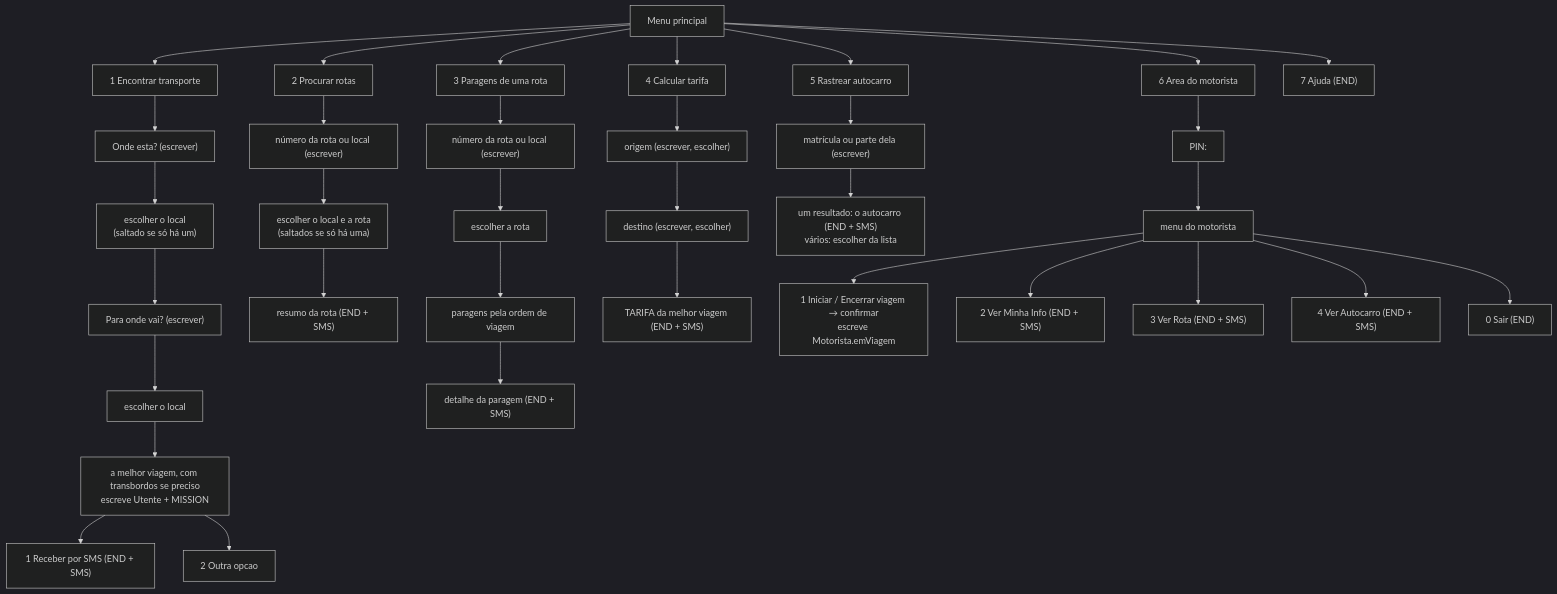
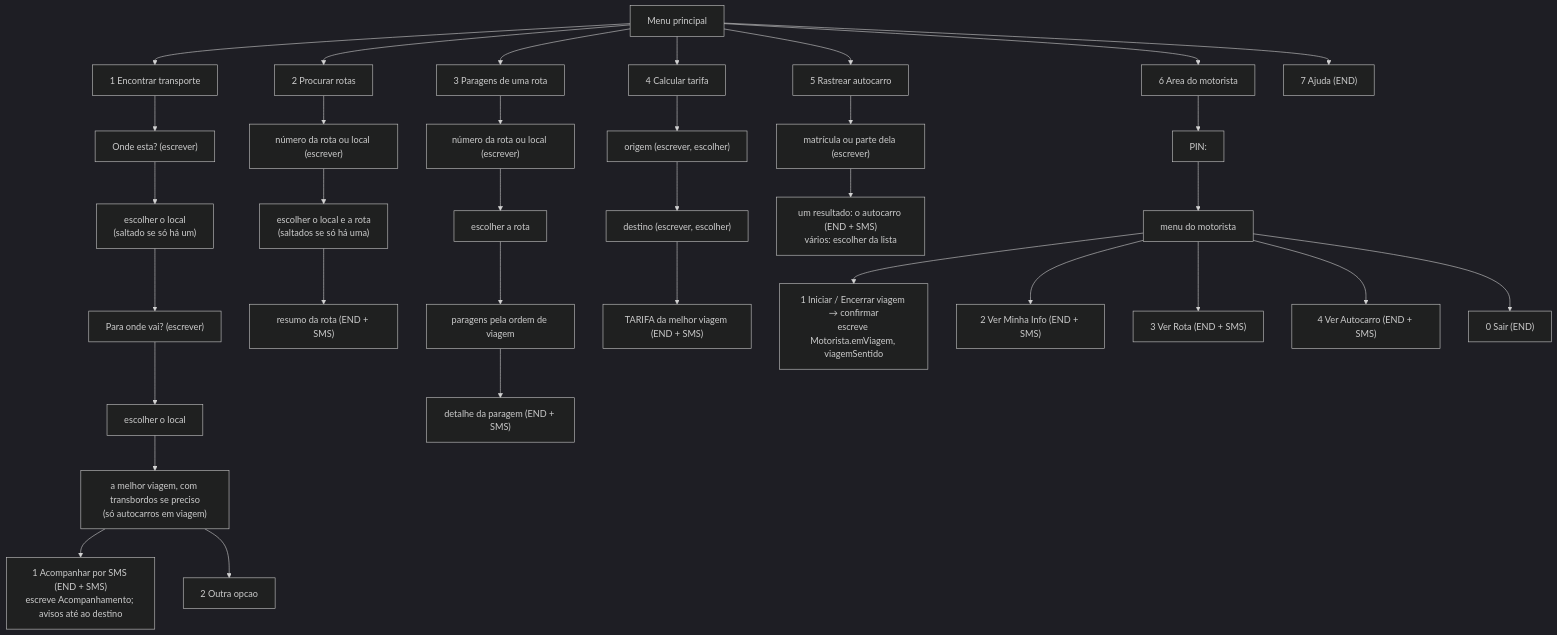
The fourth of 4 diagrams in docs/ussd.md (transportmozambique/Transport-Mozambique), drawn with Mermaid (dark theme) before and after one commit. The commit also changed other lines of this file and 64 other files, not shown here.

````diff
--- a/docs/ussd.md
+++ b/docs/ussd.md
@@ -235,23 +237,23 @@
 ```mermaid
 flowchart TD
   M["Menu principal"] --> O1["1 Encontrar transporte"]
   M --> O2["2 Procurar rotas"]
   M --> O3["3 Paragens de uma rota"]
   M --> O4["4 Calcular tarifa"]
   M --> O5["5 Rastrear autocarro"]
   M --> O6["6 Area do motorista"]
   M --> O7["7 Ajuda (END)"]
-  O1 --> O1a["Onde esta? (escrever)"] --> O1b["escolher o local<br/>(saltado se só há um)"] --> O1c["Para onde vai? (escrever)"] --> O1d["escolher o local"] --> O1e["a melhor viagem, com transbordos se preciso<br/>escreve Utente + MISSION"]
-  O1e --> O1f["1 Receber por SMS (END + SMS)"]
+  O1 --> O1a["Onde esta? (escrever)"] --> O1b["escolher o local<br/>(saltado se só há um)"] --> O1c["Para onde vai? (escrever)"] --> O1d["escolher o local"] --> O1e["a melhor viagem, com transbordos se preciso<br/>(só autocarros em viagem)"]
+  O1e --> O1f["1 Acompanhar por SMS (END + SMS)<br/>escreve Acompanhamento; avisos até ao destino"]
   O1e --> O1g["2 Outra opcao"]
   O2 --> O2a["número da rota ou local (escrever)"] --> O2b["escolher o local e a rota<br/>(saltados se só há uma)"] --> O2c["resumo da rota (END + SMS)"]
   O3 --> O3a["número da rota ou local (escrever)"] --> O3b["escolher a rota"] --> O3c["paragens pela ordem de viagem"] --> O3d["detalhe da paragem (END + SMS)"]
   O4 --> O4a["origem (escrever, escolher)"] --> O4b["destino (escrever, escolher)"] --> O4c["TARIFA da melhor viagem (END + SMS)"]
   O5 --> O5a["matrícula ou parte dela (escrever)"] --> O5b["um resultado: o autocarro (END + SMS)<br/>vários: escolher da lista"]
   O6 --> O6a["PIN:"] --> O6b["menu do motorista"]
-  O6b --> D1["1 Iniciar / Encerrar viagem → confirmar<br/>escreve Motorista.emViagem"]
+  O6b --> D1["1 Iniciar / Encerrar viagem → confirmar<br/>escreve Motorista.emViagem, viagemSentido"]
   O6b --> D2["2 Ver Minha Info (END + SMS)"]
   O6b --> D3["3 Ver Rota (END + SMS)"]
   O6b --> D4["4 Ver Autocarro (END + SMS)"]
   O6b --> D0["0 Sair (END)"]
 ```
````
